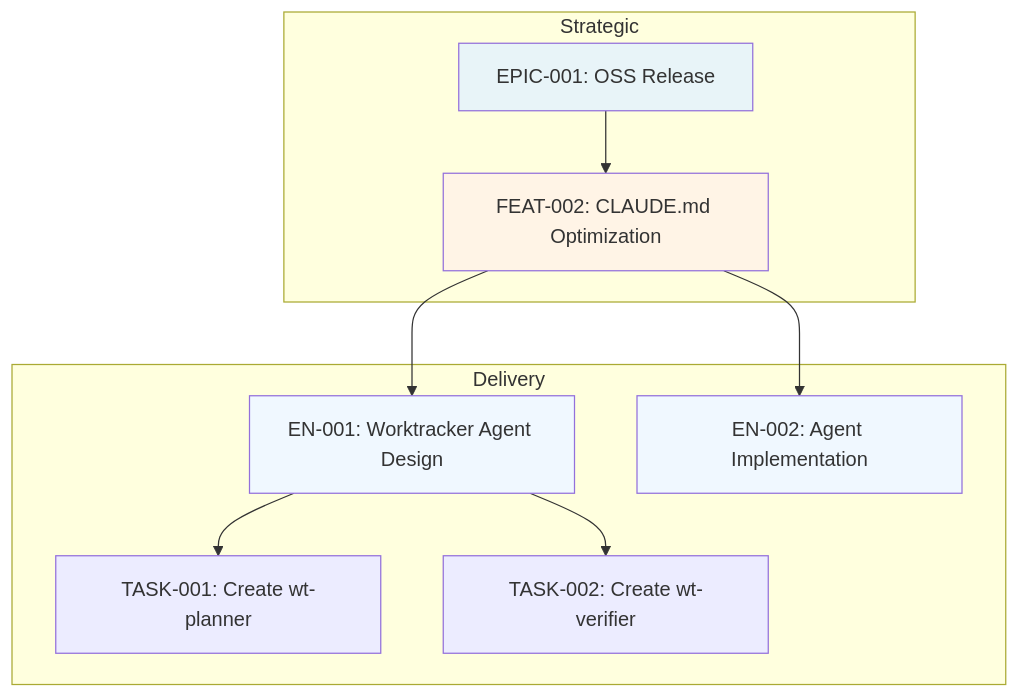
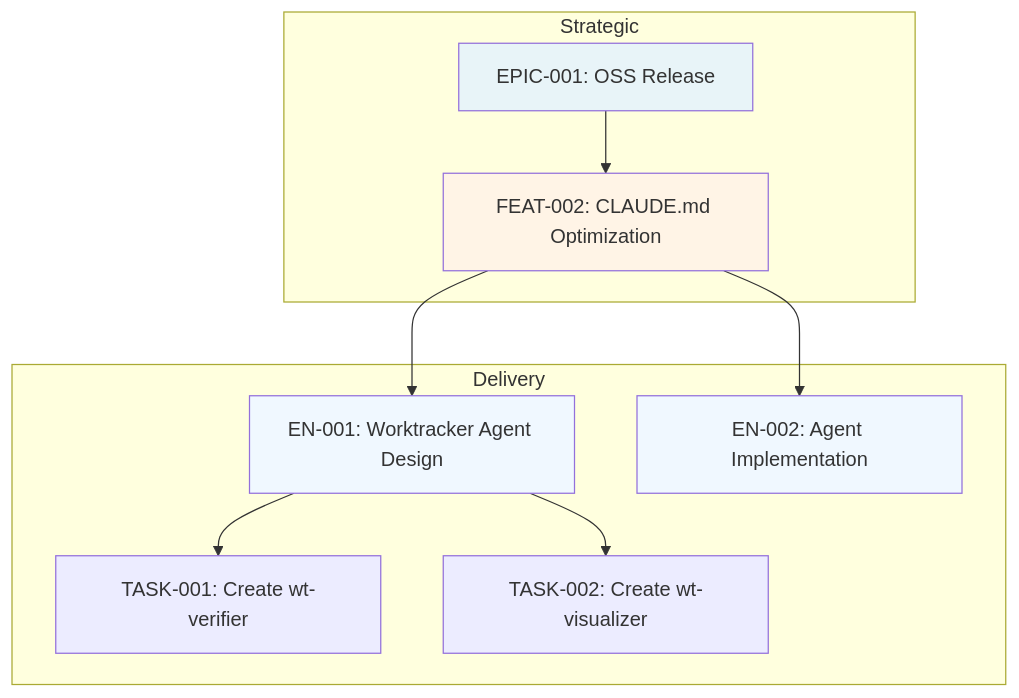
The fourth of 14 diagrams in skills/worktracker/agents/wt-visualizer.md (geekatron/jerry), drawn with Mermaid before and after one commit. The commit also changed other lines of this file and 1 other file, not shown here.

Commit message:
fix(PROJ-009): Address ps-critic optional improvements
- Bump SKILL.md version from 1.0.0 to 1.1.0
- Add WTI-004 (Synchronize Before Reporting) to WTI Rules table
- Add WTI-005 (Atomic State Updates) to WTI Rules table
- Remove stale wt-planner reference from wt-visualizer.md

Addresses: EN-207 TASK-009 adversarial review findings

````diff
--- a/skills/worktracker/agents/wt-visualizer.md
+++ b/skills/worktracker/agents/wt-visualizer.md
@@ -310,25 +310,25 @@
 ```mermaid
 flowchart TD
     subgraph Strategic
         EPIC-001["EPIC-001: OSS Release"]
         FEAT-002["FEAT-002: CLAUDE.md Optimization"]
         EPIC-001 --> FEAT-002
     end
 
     subgraph Delivery
         EN-001["EN-001: Worktracker Agent Design"]
         EN-002["EN-002: Agent Implementation"]
         FEAT-002 --> EN-001
         FEAT-002 --> EN-002
 
-        TASK-001["TASK-001: Create wt-planner"]
-        TASK-002["TASK-002: Create wt-verifier"]
+        TASK-001["TASK-001: Create wt-verifier"]
+        TASK-002["TASK-002: Create wt-visualizer"]
         EN-001 --> TASK-001
         EN-001 --> TASK-002
     end
 
     style EPIC-001 fill:#E8F4F8
     style FEAT-002 fill:#FFF4E6
     style EN-001 fill:#F0F8FF
     style EN-002 fill:#F0F8FF
 ```
````
